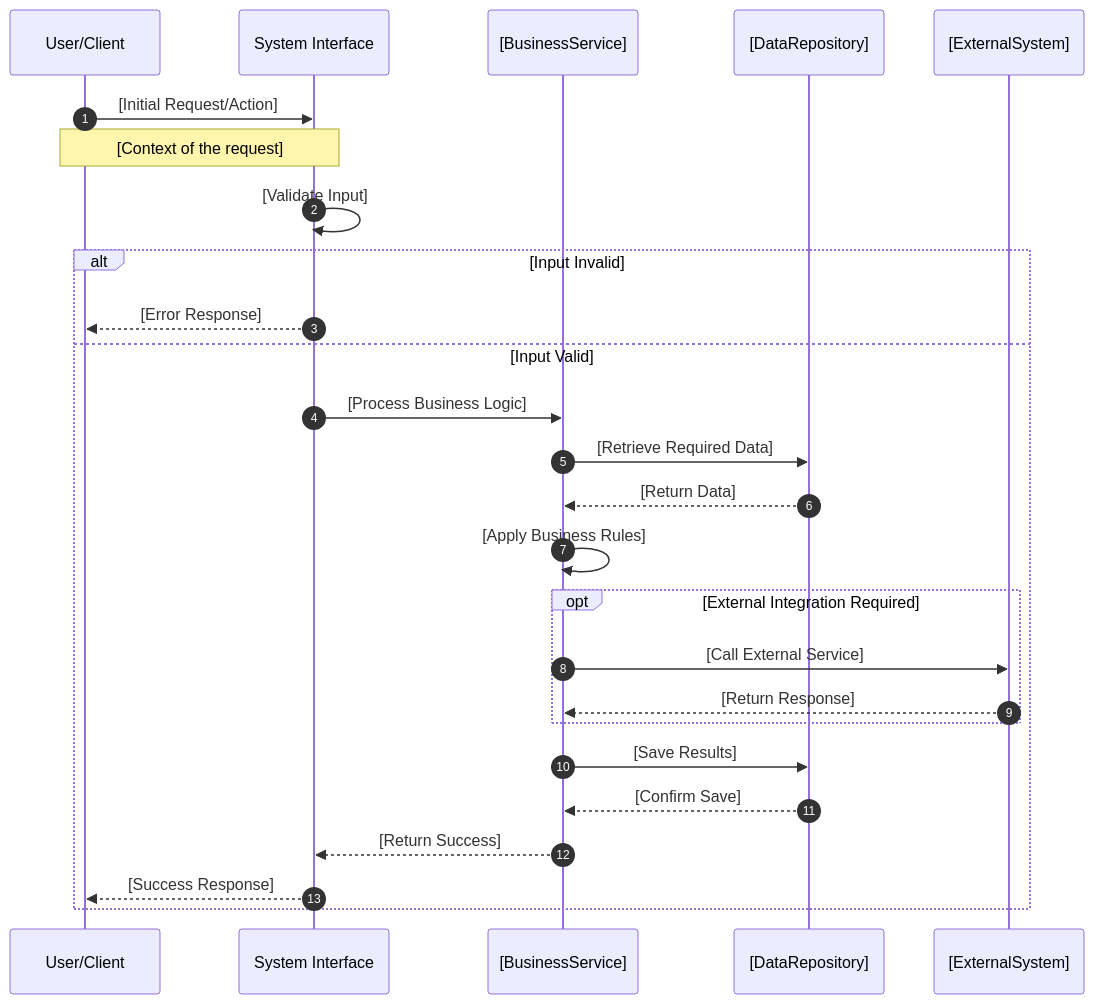
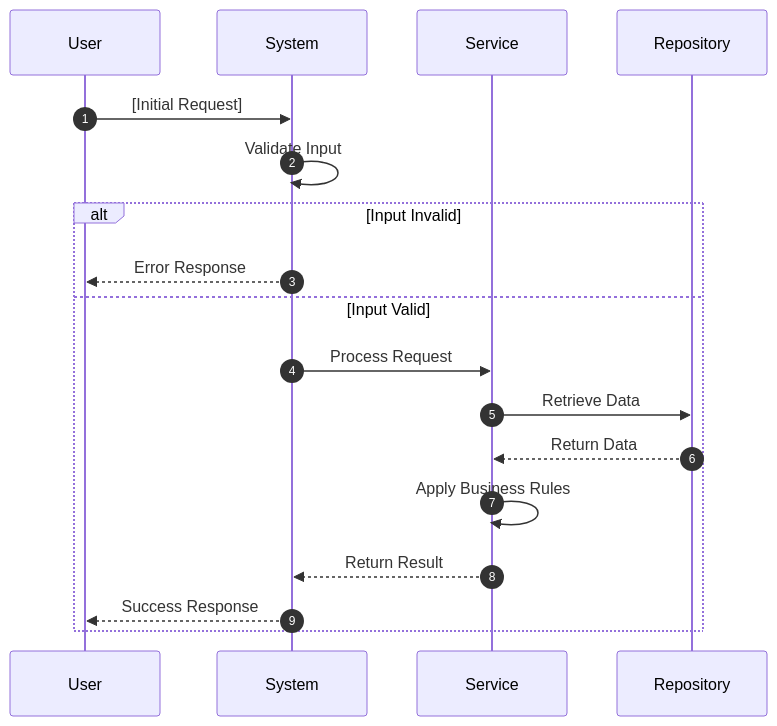
Before and after one commit to frostaura/ai.toolkit.gaia: the first of 5 diagrams in .gaia/designs/3-sequence.md, drawn with Mermaid. The commit also changed other lines of this file and 4 other files, not shown here.

````diff
--- a/.gaia/designs/3-sequence.md
+++ b/.gaia/designs/3-sequence.md
@@ -34,36 +23,22 @@
 ```mermaid
 sequenceDiagram
     autonumber
-    participant User as User/Client
-    participant System as System Interface
-    participant Service as [BusinessService]
-    participant Repository as [DataRepository]
-    participant External as [ExternalSystem]
+    participant User
+    participant System
+    participant Service
+    participant Repository
 
-    User->>System: [Initial Request/Action]
-    Note over User,System: [Context of the request]
-
-    System->>System: [Validate Input]
+    User->>System: [Initial Request]
+    System->>System: Validate Input
     
     alt Input Invalid
-        System-->>User: [Error Response]
+        System-->>User: Error Response
     else Input Valid
-        System->>Service: [Process Business Logic]
-        
-        Service->>Repository: [Retrieve Required Data]
-        Repository-->>Service: [Return Data]
-        
-        Service->>Service: [Apply Business Rules]
-        
-        opt External Integration Required
-            Service->>External: [Call External Service]
-            External-->>Service: [Return Response]
-        end
-        
-        Service->>Repository: [Save Results]
-        Repository-->>Service: [Confirm Save]
-        
-        Service-->>System: [Return Success]
-        System-->>User: [Success Response]
+        System->>Service: Process Request
+        Service->>Repository: Retrieve Data
+        Repository-->>Service: Return Data
+        Service->>Service: Apply Business Rules
+        Service-->>System: Return Result
+        System-->>User: Success Response
     end
 ```
````
